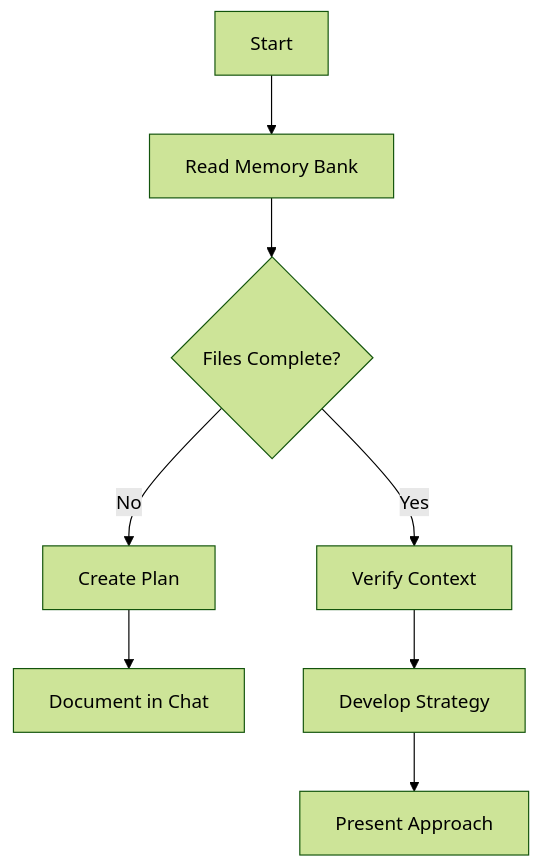
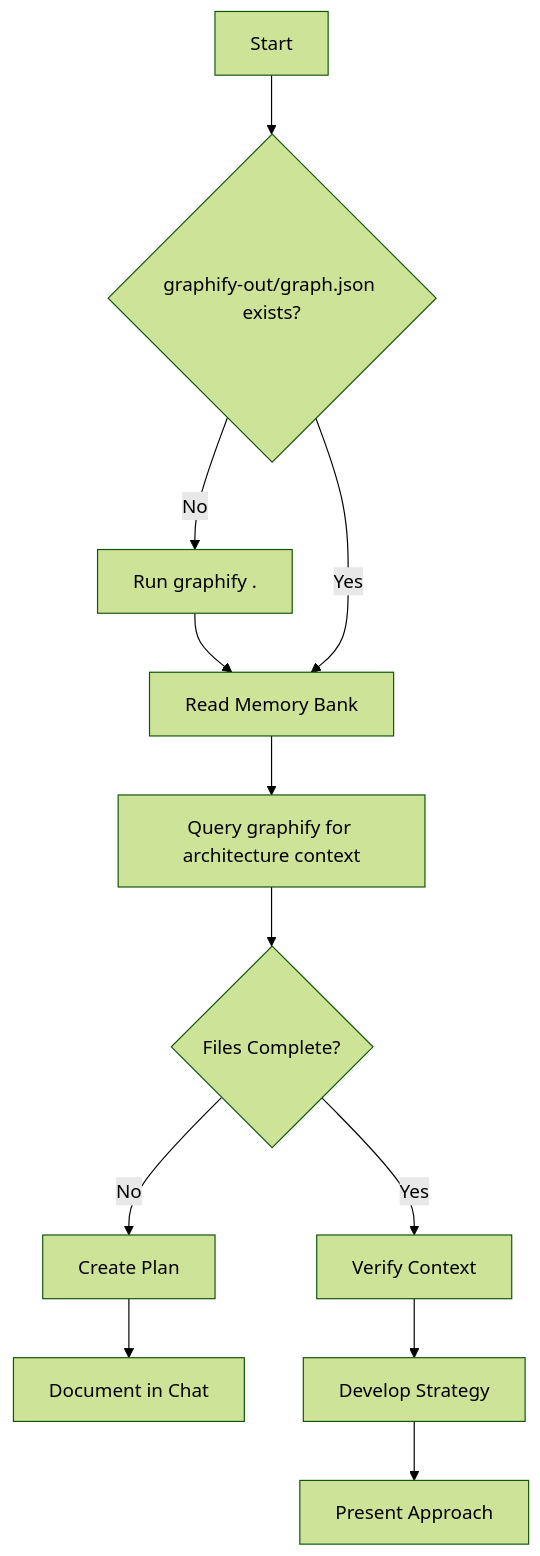
The second of 6 diagrams in .agents/instructions/memory-bank.instructions.md (abarcenas29/ai-workflow-template), drawn with Mermaid (forest theme) before and after one commit. The commit also changed other lines of this file and 167 other files, not shown here.

Commit message:
✨ feat: bootstrap TDD orchestrator, memory bank, graphify knowledge graph, and Vitest unit testing infrastructure [2026-06-13 13:40]

````diff
--- a/.agents/instructions/memory-bank.instructions.md
+++ b/.agents/instructions/memory-bank.instructions.md
@@ -87,12 +101,16 @@
 ```mermaid
 flowchart TD
-    Start[Start] --> ReadFiles[Read Memory Bank]
-    ReadFiles --> CheckFiles{Files Complete?}
+    Start[Start] --> CheckGraph{graphify-out/graph.json exists?}
+    CheckGraph -->|No| Bootstrap[Run graphify .]
+    Bootstrap --> ReadFiles[Read Memory Bank]
+    CheckGraph -->|Yes| ReadFiles
+    ReadFiles --> QueryGraph[Query graphify for architecture context]
+    QueryGraph --> CheckFiles{Files Complete?}
 
     CheckFiles -->|No| Plan[Create Plan]
     Plan --> Document[Document in Chat]
 
     CheckFiles -->|Yes| Verify[Verify Context]
     Verify --> Strategy[Develop Strategy]
     Strategy --> Present[Present Approach]
 ```
````
